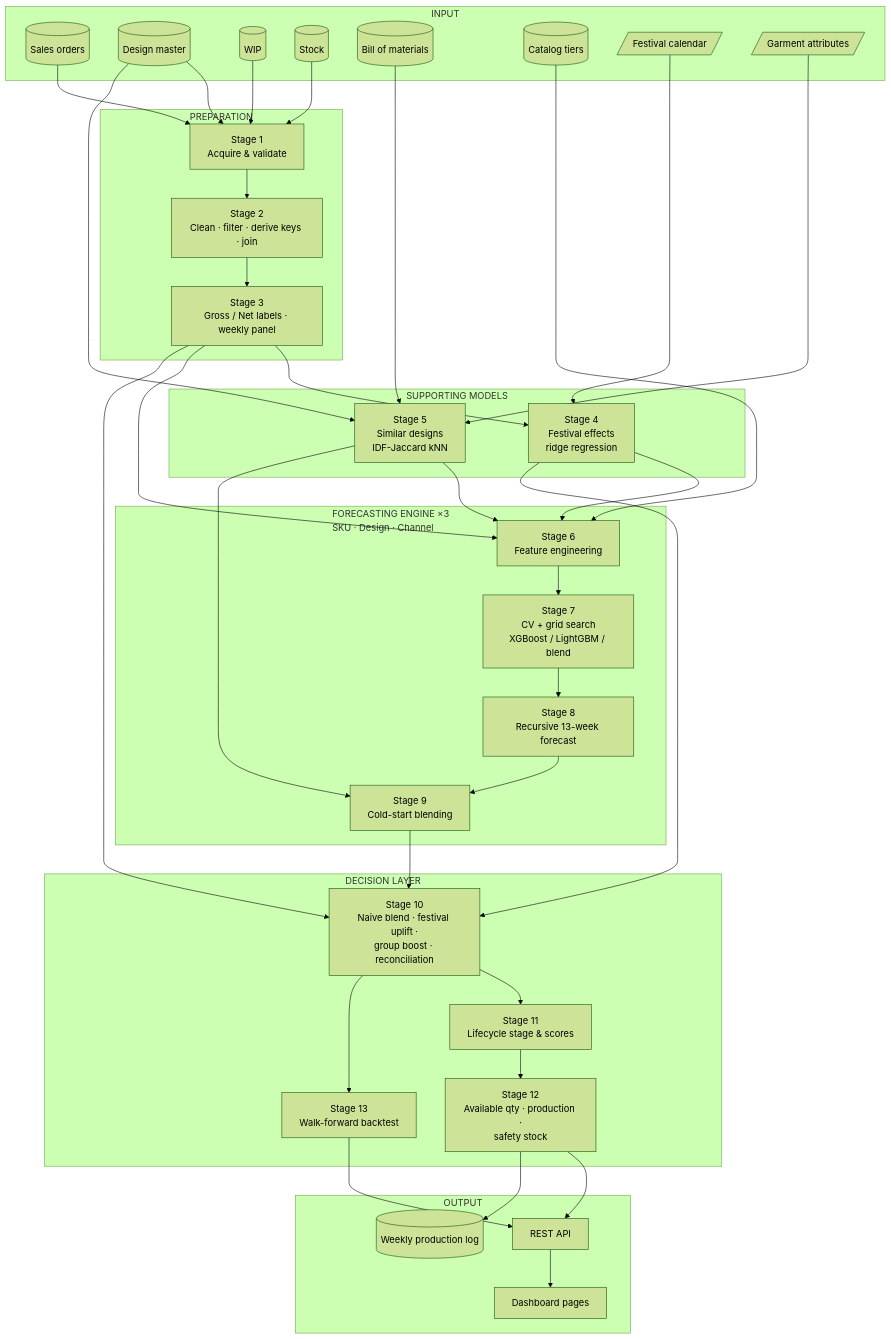
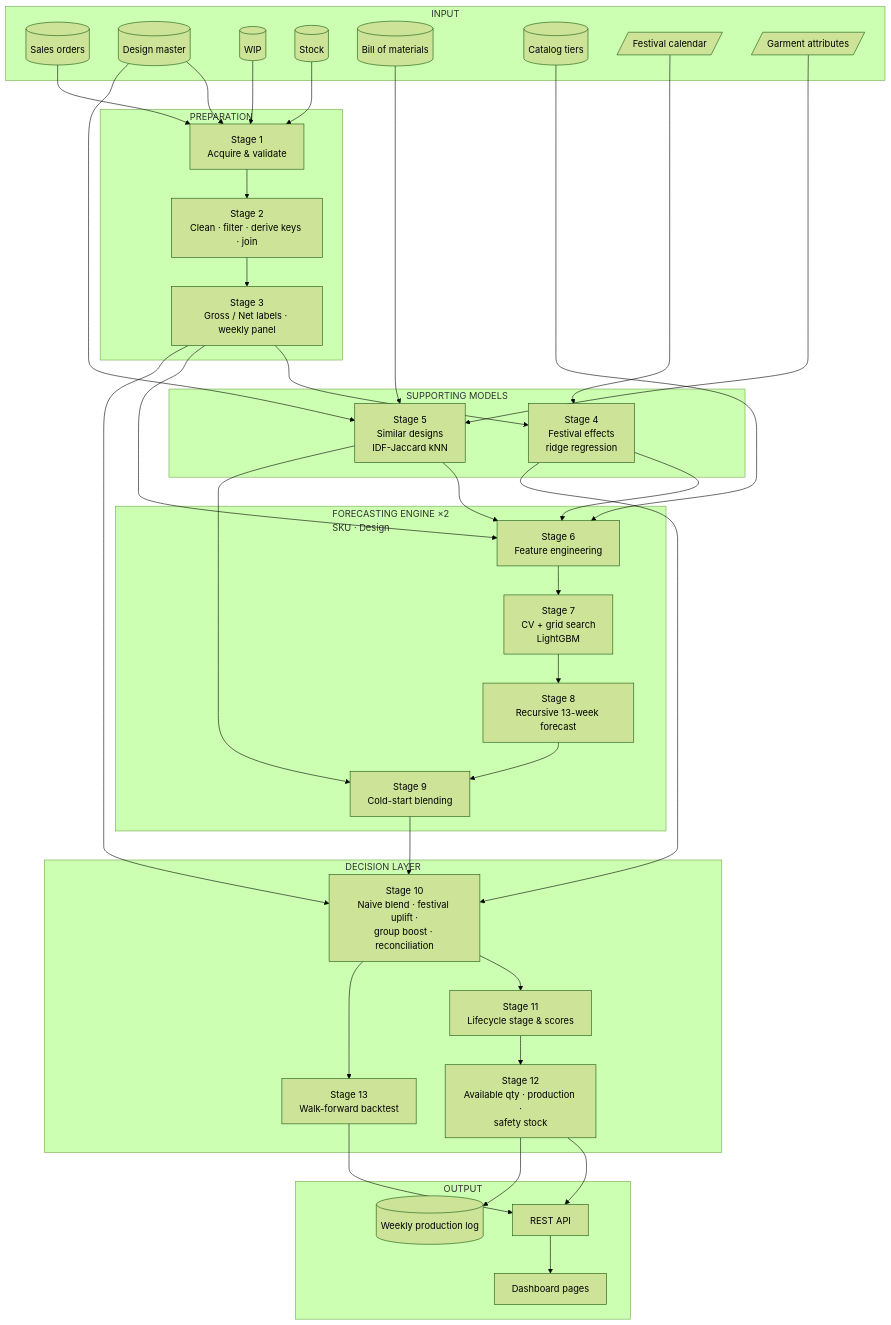
One commit to orlindatabase-lang/Demand-Forecasting changed the fourth of 27 diagrams in README.md. Above: the diagram before and after it, drawn with Mermaid (forest theme). The commit also changed other lines of this file and 13 other files, not shown here.

````diff
--- a/README.md
+++ b/README.md
@@ -208,70 +208,70 @@
 ```mermaid
 flowchart TD
     subgraph S0["INPUT"]
         I1[("Sales orders")]
         I2[("Design master")]
         I3[("WIP")]
         I4[("Stock")]
         I5[("Bill of materials")]
         I6[("Catalog tiers")]
         I7[/"Festival calendar"/]
         I8[/"Garment attributes"/]
     end
 
     subgraph S1["PREPARATION"]
         A1["Stage 1<br/>Acquire & validate"]
         A2["Stage 2<br/>Clean · filter · derive keys · join"]
         A3["Stage 3<br/>Gross / Net labels · weekly panel"]
     end
 
     subgraph S2["SUPPORTING MODELS"]
         B1["Stage 4<br/>Festival effects<br/>ridge regression"]
         B2["Stage 5<br/>Similar designs<br/>IDF-Jaccard kNN"]
     end
 
-    subgraph S3["FORECASTING ENGINE ×3<br/>SKU · Design · Channel"]
+    subgraph S3["FORECASTING ENGINE ×2<br/>SKU · Design"]
         C1["Stage 6<br/>Feature engineering"]
-        C2["Stage 7<br/>CV + grid search<br/>XGBoost / LightGBM / blend"]
+        C2["Stage 7<br/>CV + grid search<br/>LightGBM"]
         C3["Stage 8<br/>Recursive 13-week forecast"]
         C4["Stage 9<br/>Cold-start blending"]
     end
 
     subgraph S4["DECISION LAYER"]
         D1["Stage 10<br/>Naive blend · festival uplift ·<br/>group boost · reconciliation"]
         D2["Stage 11<br/>Lifecycle stage & scores"]
         D3["Stage 12<br/>Available qty · production ·<br/>safety stock"]
         D4["Stage 13<br/>Walk-forward backtest"]
     end
 
     subgraph S5["OUTPUT"]
         E1["REST API"]
         E2["Dashboard pages"]
         E3[("Weekly production log")]
     end
 
     I1 --> A1
     I2 --> A1
     I3 --> A1
     I4 --> A1
     A1 --> A2 --> A3
     A3 --> B1
     I7 --> B1
     I5 --> B2
     I8 --> B2
     I2 --> B2
     A3 --> C1
     B1 --> C1
     B2 --> C1
     I6 --> C1
     C1 --> C2 --> C3 --> C4
     B2 --> C4
     C4 --> D1
     B1 --> D1
     A3 --> D1
     D1 --> D2 --> D3
     D1 --> D4
     D3 --> E1
     D4 --> E1
     E1 --> E2
     D3 --> E3
 ```
````
